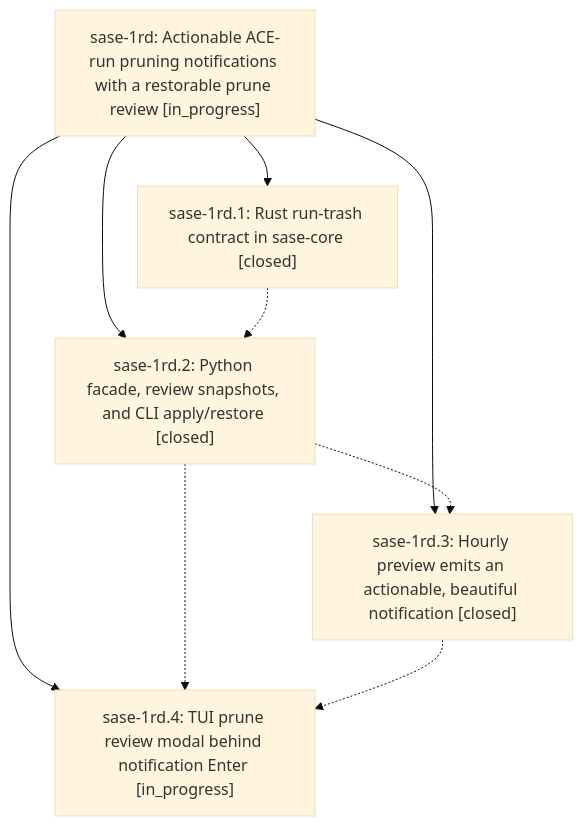
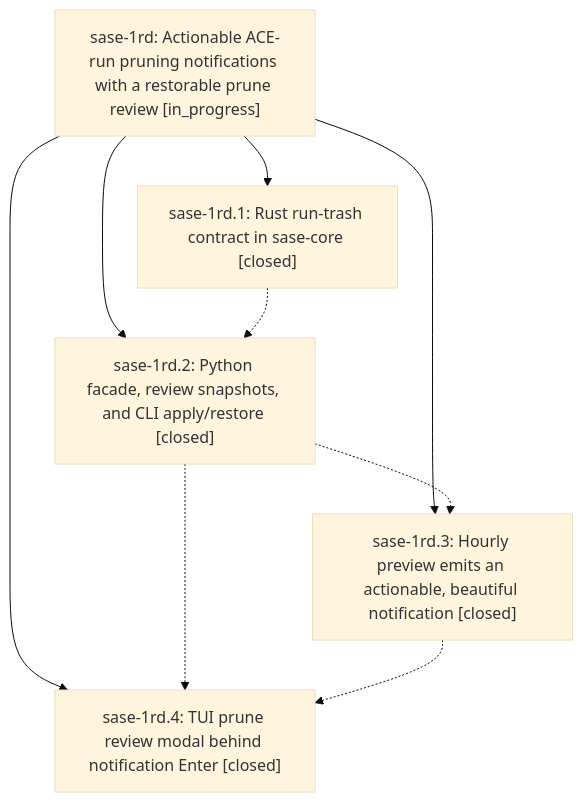
The diagram in pages/sase-1rd/README.md (sase-org/sase--beads), drawn with Mermaid (base theme) before and after one commit. The commit also changed other lines of this file and 4 other files, not shown here.

````diff
--- a/pages/sase-1rd/README.md
+++ b/pages/sase-1rd/README.md
@@ -39,16 +47,16 @@
 ```mermaid
 flowchart TD
     n0["sase-1rd: Actionable ACE-run pruning notifications with a restorable prune review [in_progress]"]
     n1["sase-1rd.1: Rust run-trash contract in sase-core [closed]"]
     n2["sase-1rd.2: Python facade, review snapshots, and CLI apply/restore [closed]"]
     n3["sase-1rd.3: Hourly preview emits an actionable, beautiful notification [closed]"]
-    n4["sase-1rd.4: TUI prune review modal behind notification Enter [in_progress]"]
+    n4["sase-1rd.4: TUI prune review modal behind notification Enter [closed]"]
     n0 --> n1
     n0 --> n2
     n0 --> n3
     n0 --> n4
     n1 -.-> n2
     n2 -.-> n3
     n2 -.-> n4
     n3 -.-> n4
 ```
````
